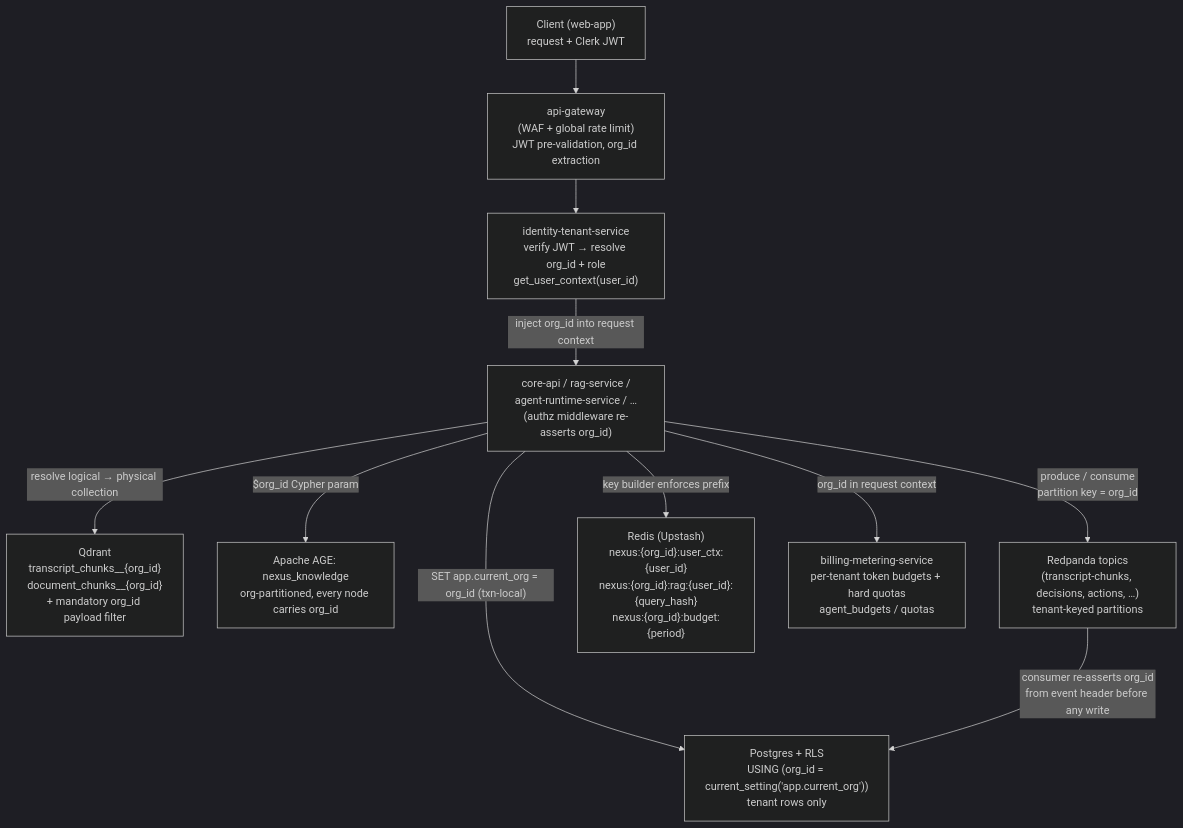
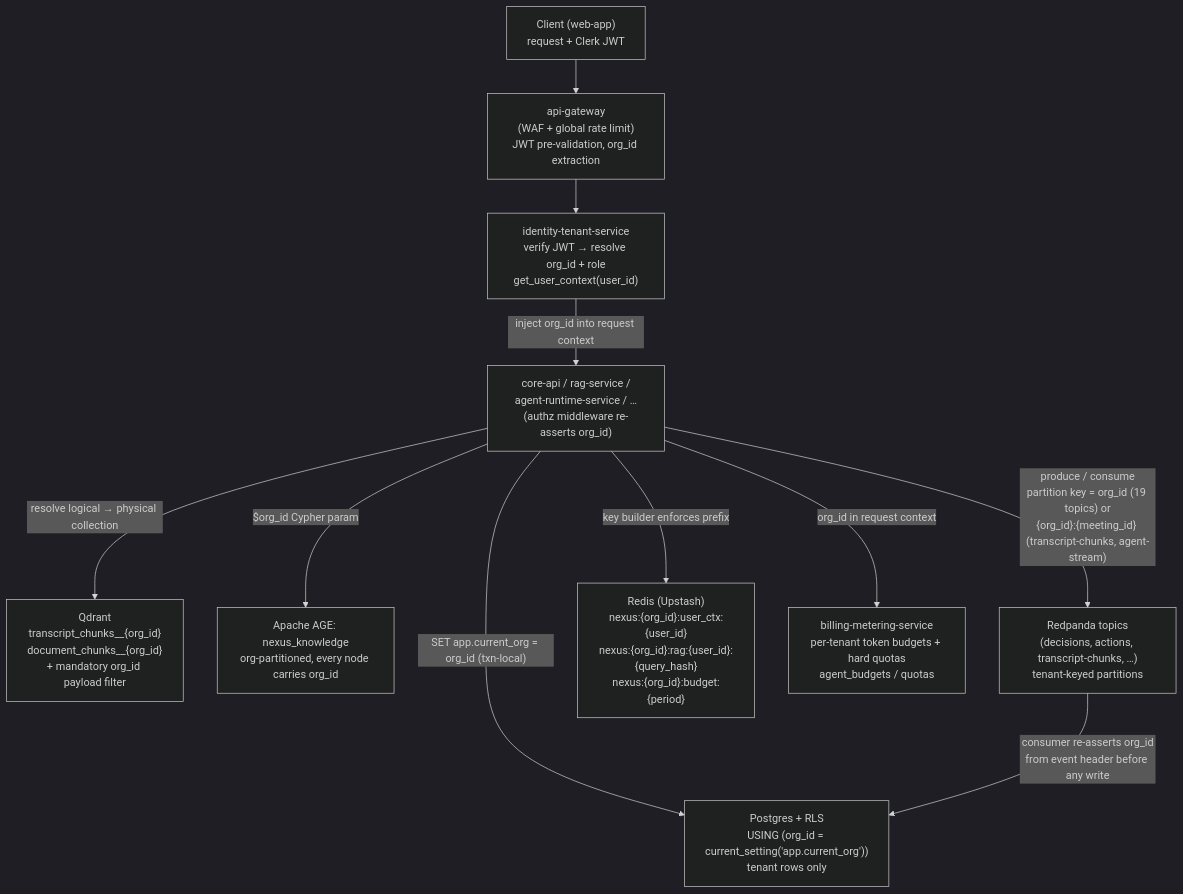
One commit to Mytheus-AI/mytheus-docs changed the first of 2 diagrams in diagrams/09-multi-tenancy-isolation.md. Above: the diagram before and after it, drawn with Mermaid (dark theme). The commit also changed other lines of this file and 10 other files, not shown here.

First line of the commit message:
docs: ratify transcript-chunks/agent-stream composite key and consent schema

````diff
--- a/diagrams/09-multi-tenancy-isolation.md
+++ b/diagrams/09-multi-tenancy-isolation.md
@@ -29,15 +29,15 @@
 ```mermaid
 flowchart TB
   C["Client (web-app)<br/>request + Clerk JWT"] --> GW["api-gateway<br/>(WAF + global rate limit)<br/>JWT pre-validation, org_id extraction"]
   GW --> IDENT["identity-tenant-service<br/>verify JWT → resolve org_id + role<br/>get_user_context(user_id)"]
   IDENT -->|"inject org_id into request context"| SVC["core-api / rag-service /<br/>agent-runtime-service / …<br/>(authz middleware re-asserts org_id)"]
 
   SVC -->|"SET app.current_org = org_id (txn-local)"| PG["Postgres + RLS<br/>USING (org_id = current_setting('app.current_org'))<br/>tenant rows only"]
   SVC -->|"resolve logical → physical collection"| QD["Qdrant<br/>transcript_chunks__{org_id}<br/>document_chunks__{org_id}<br/>+ mandatory org_id payload filter"]
   SVC -->|"$org_id Cypher param"| AGE["Apache AGE: nexus_knowledge<br/>org-partitioned, every node carries org_id"]
-  SVC -->|"produce / consume<br/>partition key = org_id"| RP["Redpanda topics<br/>(transcript-chunks, decisions, actions, …)<br/>tenant-keyed partitions"]
+  SVC -->|"produce / consume<br/>partition key = org_id (19 topics) or<br/>{org_id}:{meeting_id} (transcript-chunks, agent-stream)"| RP["Redpanda topics<br/>(decisions, actions, transcript-chunks, …)<br/>tenant-keyed partitions"]
   SVC -->|"key builder enforces prefix"| RD["Redis (Upstash)<br/>nexus:{org_id}:user_ctx:{user_id}<br/>nexus:{org_id}:rag:{user_id}:{query_hash}<br/>nexus:{org_id}:budget:{period}"]
   SVC -->|"org_id in request context"| QUOTA["billing-metering-service<br/>per-tenant token budgets + hard quotas<br/>agent_budgets / quotas"]
 
   RP -->|"consumer re-asserts org_id<br/>from event header before any write"| PG
 ```
````
